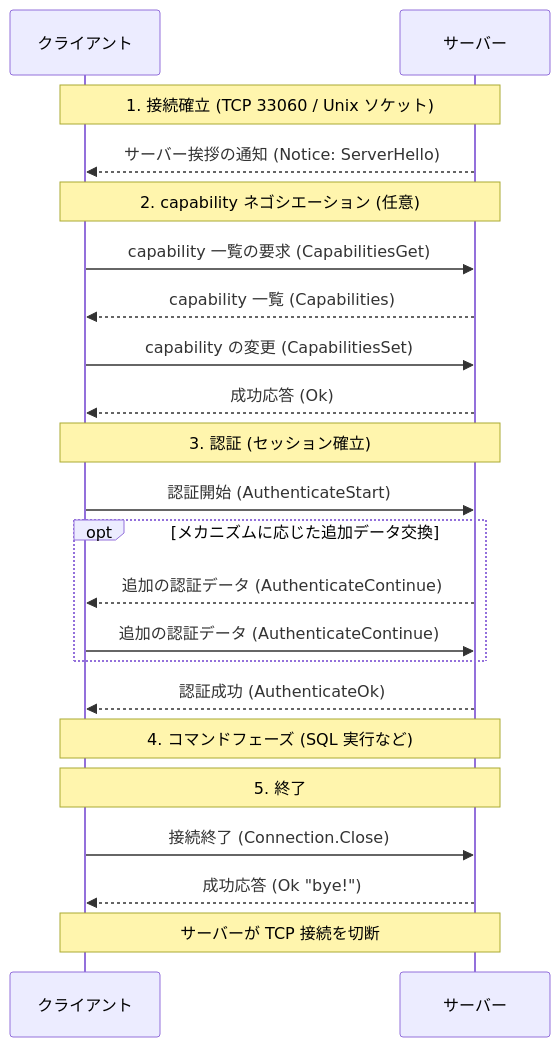
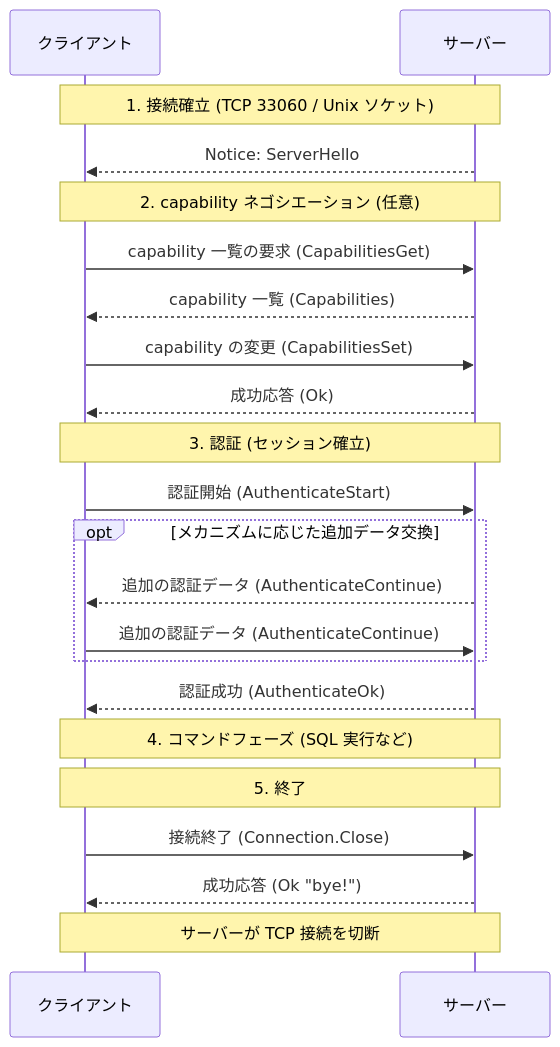
The first of 2 diagrams in docs/specification/protocol/communication_flow.md (ren-yamanashi/minesql), drawn with Mermaid before and after one commit. The commit also changed other lines of this file and 5 other files, not shown here.

````diff
--- a/docs/specification/protocol/communication_flow.md
+++ b/docs/specification/protocol/communication_flow.md
@@ -11,24 +11,24 @@
 ```mermaid
 sequenceDiagram
     participant C as クライアント
     participant S as サーバー
     Note over C,S: 1. 接続確立 (TCP 33060 / Unix ソケット)
-    S-->>C: サーバー挨拶の通知 (Notice: ServerHello)
+    S-->>C: Notice: ServerHello
     Note over C,S: 2. capability ネゴシエーション (任意)
     C->>S: capability 一覧の要求 (CapabilitiesGet)
     S-->>C: capability 一覧 (Capabilities)
     C->>S: capability の変更 (CapabilitiesSet)
     S-->>C: 成功応答 (Ok)
     Note over C,S: 3. 認証 (セッション確立)
     C->>S: 認証開始 (AuthenticateStart)
     opt メカニズムに応じた追加データ交換
         S-->>C: 追加の認証データ (AuthenticateContinue)
         C->>S: 追加の認証データ (AuthenticateContinue)
     end
     S-->>C: 認証成功 (AuthenticateOk)
     Note over C,S: 4. コマンドフェーズ (SQL 実行など)
     Note over C,S: 5. 終了
     C->>S: 接続終了 (Connection.Close)
     S-->>C: 成功応答 (Ok "bye!")
     Note over C,S: サーバーが TCP 接続を切断
 ```
````
